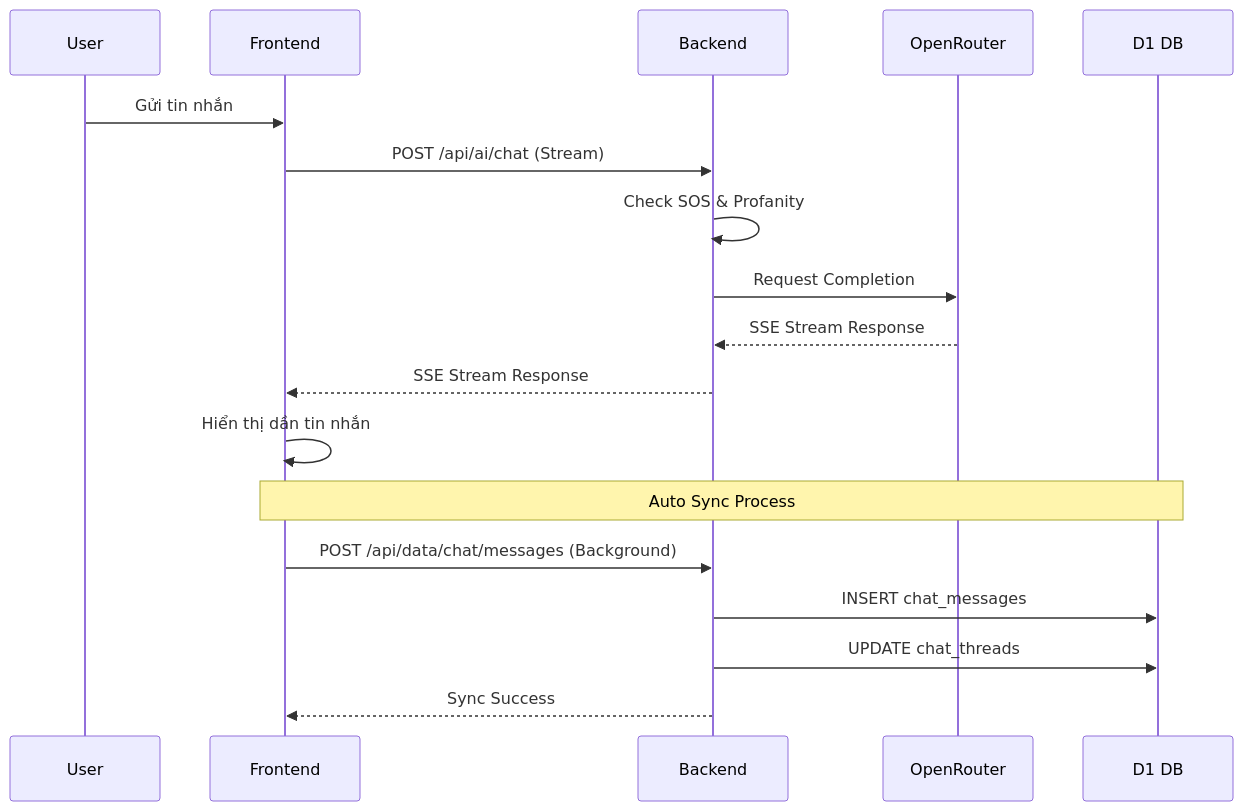
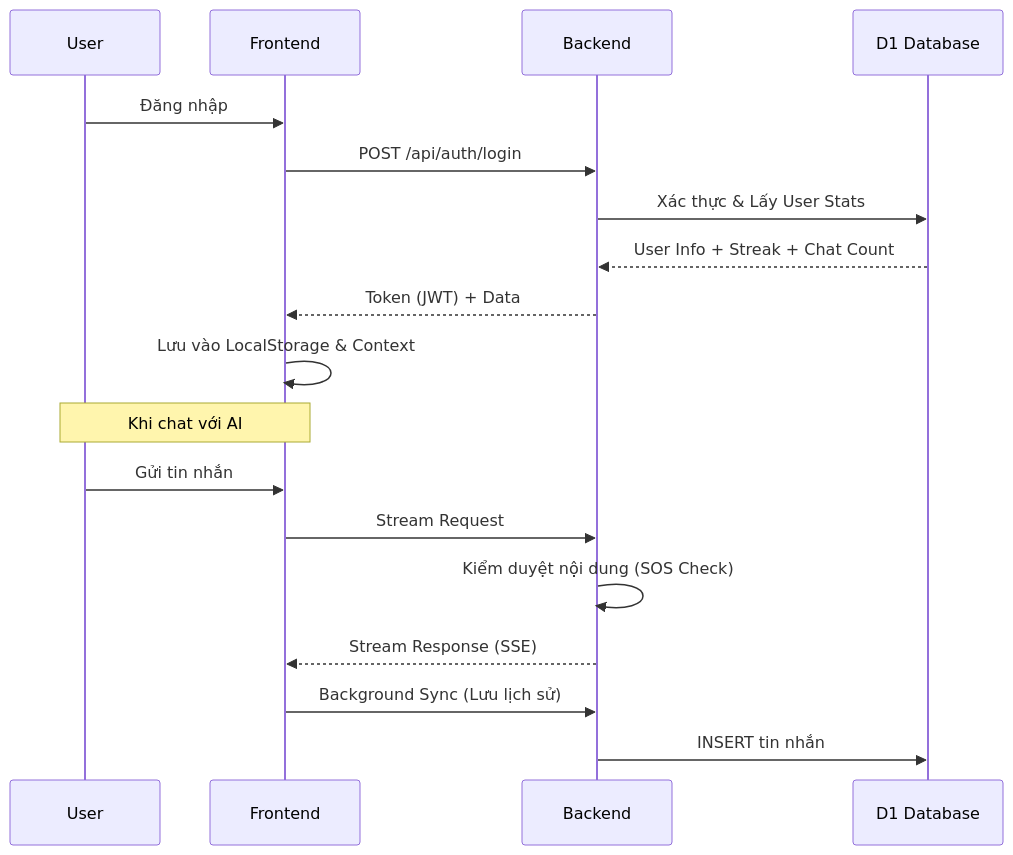
Before and after one commit to LongNgn204/duancuahocsinh: the second of 2 diagrams in README.md, drawn with Mermaid. The commit also changed other lines of this file and 1 other file, not shown here.

````diff
--- a/README.md
+++ b/README.md
@@ -140,22 +117,22 @@
 ```mermaid
 sequenceDiagram
-    participant User
+    participant U as User
     participant FE as Frontend
     participant BE as Backend
-    participant AI as OpenRouter
-    participant DB as D1 DB
+    participant DB as D1 Database
 
-    User->>FE: Gửi tin nhắn
-    FE->>BE: POST /api/ai/chat (Stream)
-    BE->>BE: Check SOS & Profanity
-    BE->>AI: Request Completion
-    AI-->>BE: SSE Stream Response
-    BE-->>FE: SSE Stream Response
-    FE->>FE: Hiển thị dần tin nhắn
+    U->>FE: Đăng nhập
+    FE->>BE: POST /api/auth/login
+    BE->>DB: Xác thực & Lấy User Stats
+    DB-->>BE: User Info + Streak + Chat Count
+    BE-->>FE: Token (JWT) + Data
+    FE->>FE: Lưu vào LocalStorage & Context
     
-    Note over FE, DB: Auto Sync Process
-    FE->>BE: POST /api/data/chat/messages (Background)
-    BE->>DB: INSERT chat_messages
-    BE->>DB: UPDATE chat_threads
-    BE-->>FE: Sync Success
+    Note over U, FE: Khi chat với AI
+    U->>FE: Gửi tin nhắn
+    FE->>BE: Stream Request
+    BE->>BE: Kiểm duyệt nội dung (SOS Check)
+    BE-->>FE: Stream Response (SSE)
+    FE->>BE: Background Sync (Lưu lịch sử)
+    BE->>DB: INSERT tin nhắn
 ```
````
